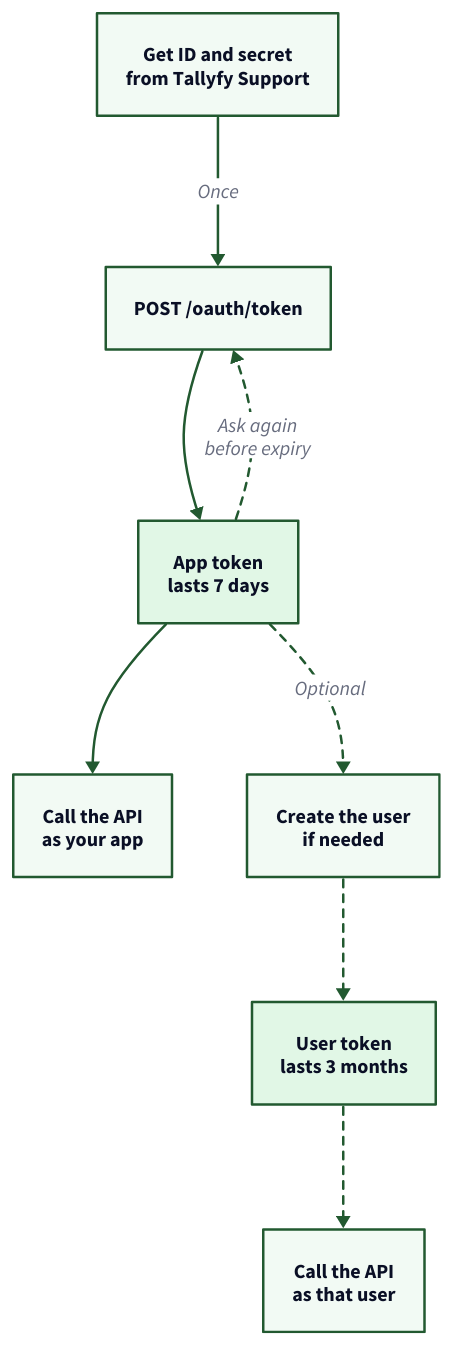
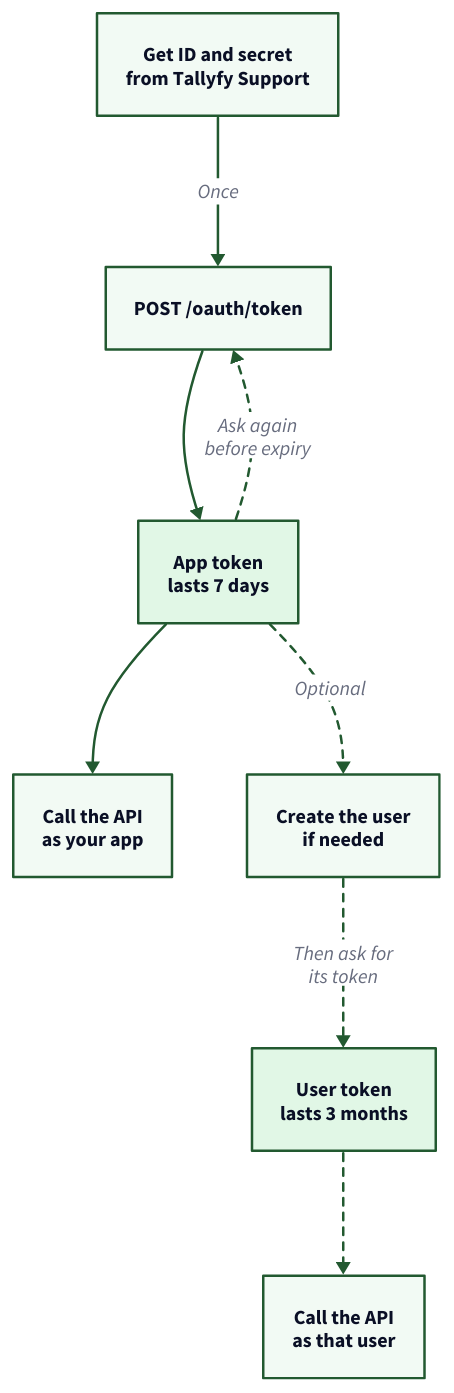
Before and after one commit to tallyfy/documentation: the diagram in src/content/docs/pro/integrations/open-api/code-samples/authentication/client-credentials-flow.mdx, drawn with D2. The commit also changed 9 other files, not shown here.

First line of the commit message:
Take the four diagram reviews' small fixes

````diff
--- a/src/content/docs/pro/integrations/open-api/code-samples/authentication/client-credentials-flow.mdx
+++ b/src/content/docs/pro/integrations/open-api/code-samples/authentication/client-credentials-flow.mdx
@@ -28,65 +28,65 @@
 ```d2
 # How the client credentials flow works
 direction: down
 
 Support: "Get ID and secret\nfrom Tallyfy Support" {
   style.fill: "#f2faf4"
   style.stroke: "#225930"
 }
 
 Token: "POST /oauth/token" {
   style.fill: "#f2faf4"
   style.stroke: "#225930"
 }
 
 AppTok: "App token\nlasts 7 days" {
   style.fill: "#e1f7e6"
   style.stroke: "#225930"
 }
 
 AppCall: "Call the API\nas your app" {
   style.fill: "#f2faf4"
   style.stroke: "#225930"
 }
 
 User: "Create the user\nif needed" {
   style.fill: "#f2faf4"
   style.stroke: "#225930"
 }
 
 UserTok: "User token\nlasts 3 months" {
   style.fill: "#e1f7e6"
   style.stroke: "#225930"
 }
 
 UserCall: "Call the API\nas that user" {
   style.fill: "#f2faf4"
   style.stroke: "#225930"
 }
 
 Support -> Token: "Once" {
   style.stroke: "#225930"
 }
 Token -> AppTok: {
   style.stroke: "#225930"
 }
 AppTok -> AppCall: {
   style.stroke: "#225930"
 }
 AppTok -> User: "Optional" {
   style.stroke: "#225930"
   style.stroke-dash: 3
 }
-User -> UserTok: {
+User -> UserTok: "Then ask for\nits token" {
   style.stroke: "#225930"
   style.stroke-dash: 3
 }
 UserTok -> UserCall: {
   style.stroke: "#225930"
   style.stroke-dash: 3
 }
 AppTok -> Token: "Ask again\nbefore expiry" {
   style.stroke: "#225930"
   style.stroke-dash: 3
 }
 ```
````
